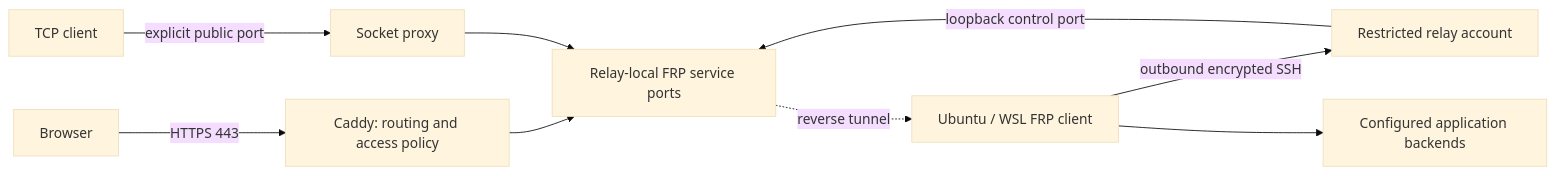
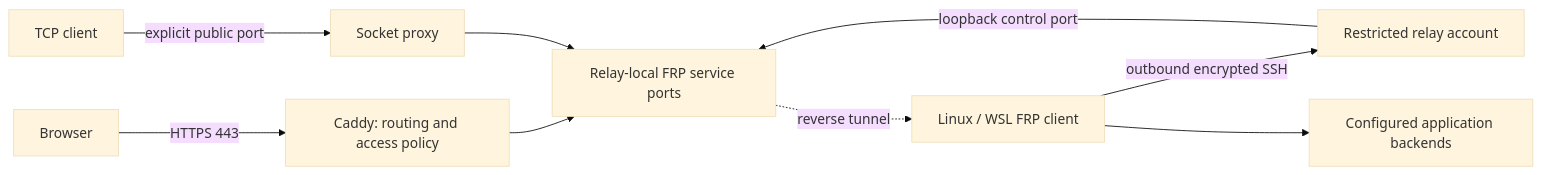
One commit to 0xprincess/rbridge changed the diagram in README.md. Above: the diagram before and after it, drawn with Mermaid (base theme). The commit also changed other lines of this file and 26 other files, not shown here.

First line of the commit message:
feat: support modern systemd Linux distributions beyond Ubuntu

````diff
--- a/README.md
+++ b/README.md
@@ -32,11 +33,11 @@
 ```mermaid
 flowchart LR
     browser[Browser] -->|HTTPS 443| web[Caddy: routing and access policy]
     visitor[TCP client] -->|explicit public port| socket[Socket proxy]
     web --> loopback[Relay-local FRP service ports]
     socket --> loopback
-    client[Ubuntu / WSL FRP client] -->|outbound encrypted SSH| relay[Restricted relay account]
+    client[Linux / WSL FRP client] -->|outbound encrypted SSH| relay[Restricted relay account]
     relay -->|loopback control port| loopback
     loopback -. reverse tunnel .-> client
     client --> backend[Configured application backends]
 ```
````
